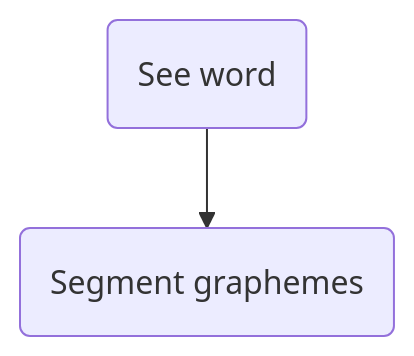
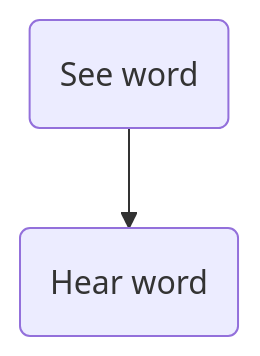
The fifth of 7 diagrams in 2022/Slides/Lecture-04.md (ethanweed/ExPsyLing), drawn with Mermaid before and after one commit. The commit also changed other lines of this file and 1 other file, not shown here.

````diff
--- a/2022/Slides/Lecture-04.md
+++ b/2022/Slides/Lecture-04.md
@@ -163,6 +163,6 @@
 ```{.mermaid format=svg  theme=neutral width=400 }
 graph TB
-A(See word) -->B(Segment graphemes)
+A(See word) -->B("Hear" word)
 
 
 ```
````
